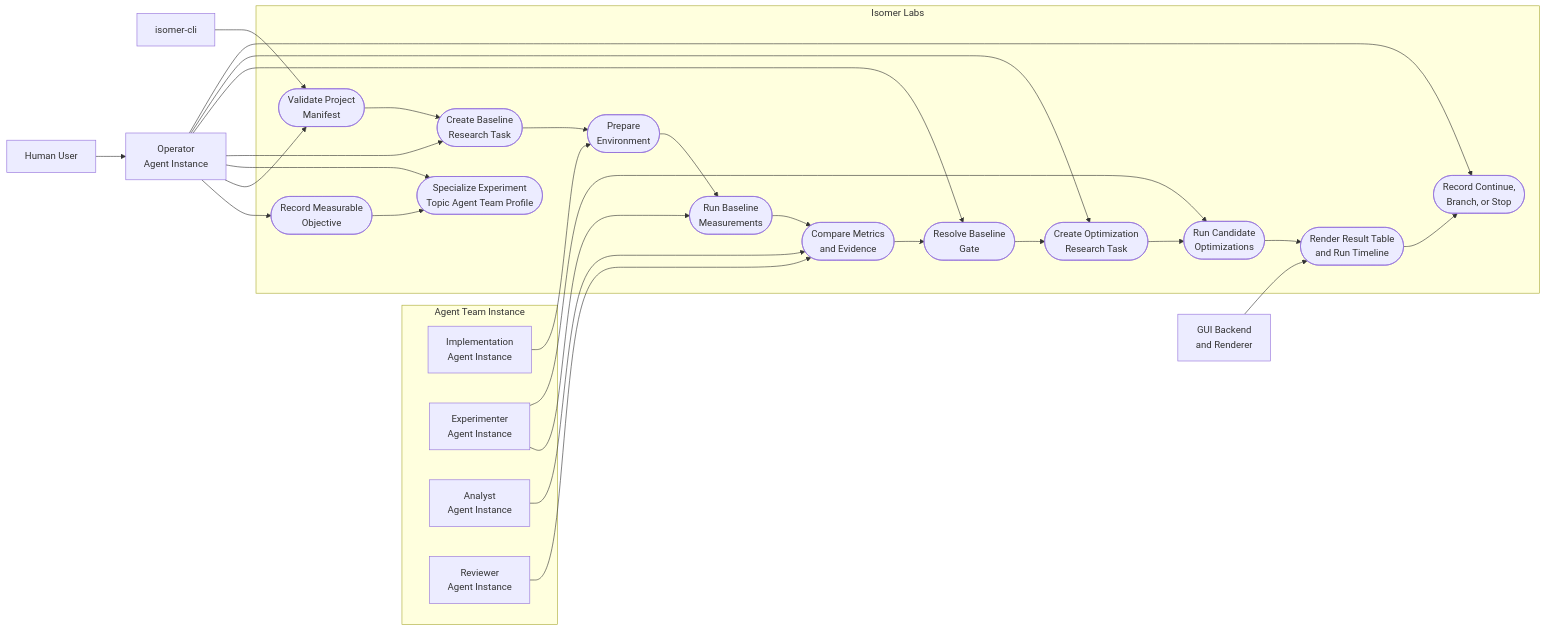
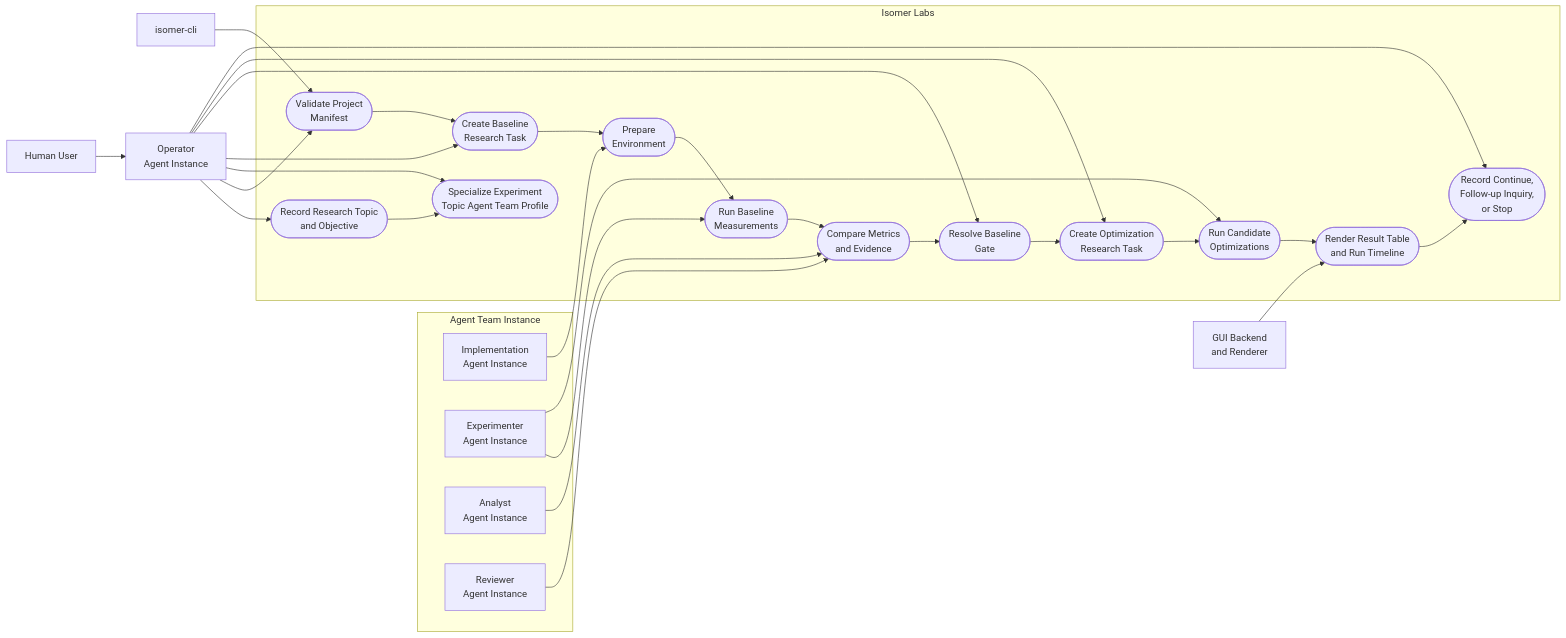
One commit to CodeGandee/isomer-labs changed the first of 2 diagrams in .imsight-arts/project-explore/use-cases/uc-02-reproduce-baseline-and-optimize.md. Above: the diagram before and after it, drawn with Mermaid. The commit also changed other lines of this file and 109 other files, not shown here.

````diff
--- a/.imsight-arts/project-explore/use-cases/uc-02-reproduce-baseline-and-optimize.md
+++ b/.imsight-arts/project-explore/use-cases/uc-02-reproduce-baseline-and-optimize.md
@@ -33,56 +33,56 @@
 ```mermaid
 flowchart LR
   User[Human User]
   CLI[isomer-cli]
   Operator["Operator<br/>Agent Instance"]
   GUI["GUI Backend<br/>and Renderer"]
 
   subgraph TeamInstance["Agent Team Instance"]
     Implementation["Implementation<br/>Agent Instance"]
     Experimenter["Experimenter<br/>Agent Instance"]
     Analyst["Analyst<br/>Agent Instance"]
     Reviewer["Reviewer<br/>Agent Instance"]
   end
 
   subgraph Isomer["Isomer Labs"]
-    UC1([Record Measurable<br/>Objective])
+    UC1([Record Research Topic<br/>and Objective])
     UC2([Validate Project<br/>Manifest])
     UC3([Specialize Experiment<br/>Topic Agent Team Profile])
     UC4([Create Baseline<br/>Research Task])
     UC5([Prepare<br/>Environment])
     UC6([Run Baseline<br/>Measurements])
     UC7([Compare Metrics<br/>and Evidence])
     UC8([Resolve Baseline<br/>Gate])
     UC9([Create Optimization<br/>Research Task])
     UC10([Run Candidate<br/>Optimizations])
     UC11([Render Result Table<br/>and Run Timeline])
-    UC12([Record Continue,<br/>Branch, or Stop])
+    UC12([Record Continue,<br/>Follow-up Inquiry,<br/>or Stop])
   end
 
   User --> Operator
   CLI --> UC2
   Operator --> UC1
   Operator --> UC2
   Operator --> UC3
   Operator --> UC4
   Implementation --> UC5
   Experimenter --> UC6
   Analyst --> UC7
   Reviewer --> UC7
   Operator --> UC8
   Operator --> UC9
   Experimenter --> UC10
   GUI --> UC11
   Operator --> UC12
 
   UC1 --> UC3
   UC2 --> UC4
   UC4 --> UC5
   UC5 --> UC6
   UC6 --> UC7
   UC7 --> UC8
   UC8 --> UC9
   UC9 --> UC10
   UC10 --> UC11
   UC11 --> UC12
 ```
````
